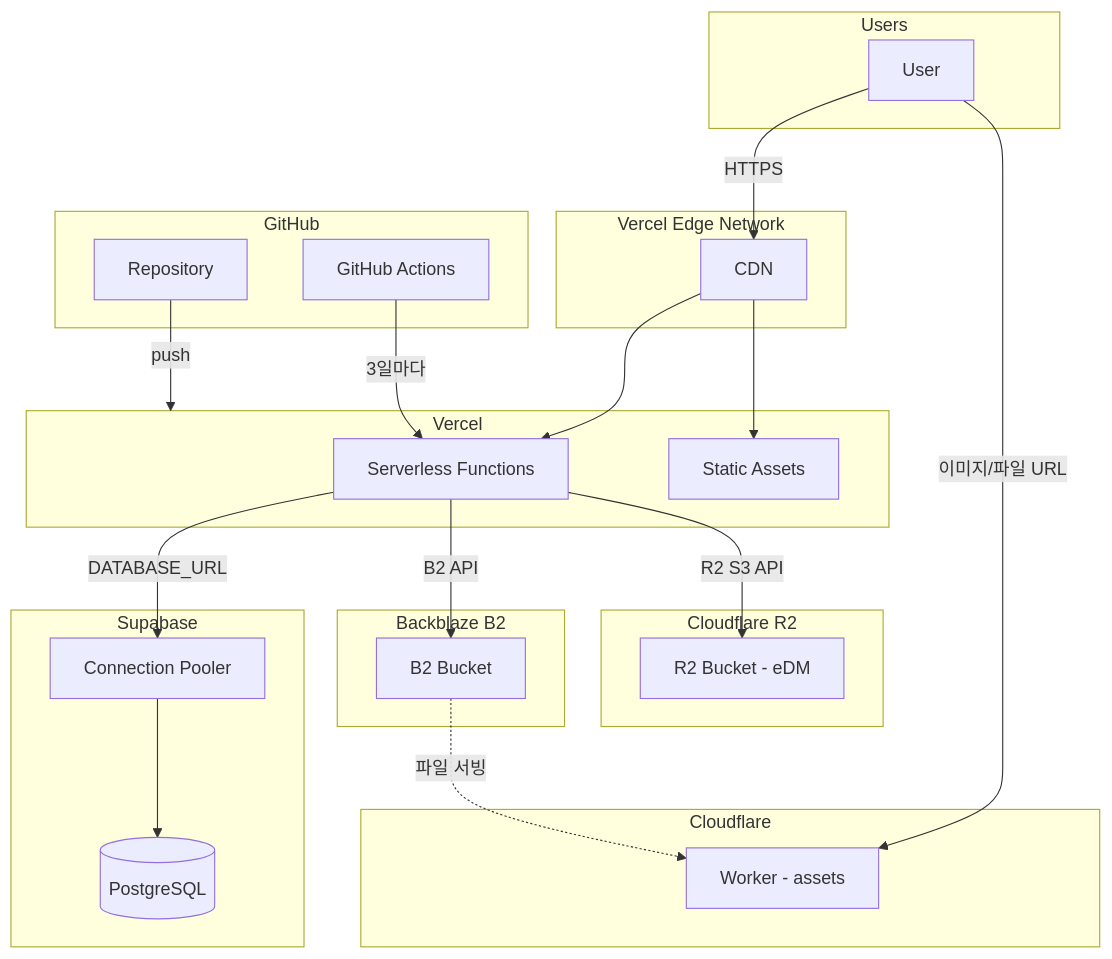
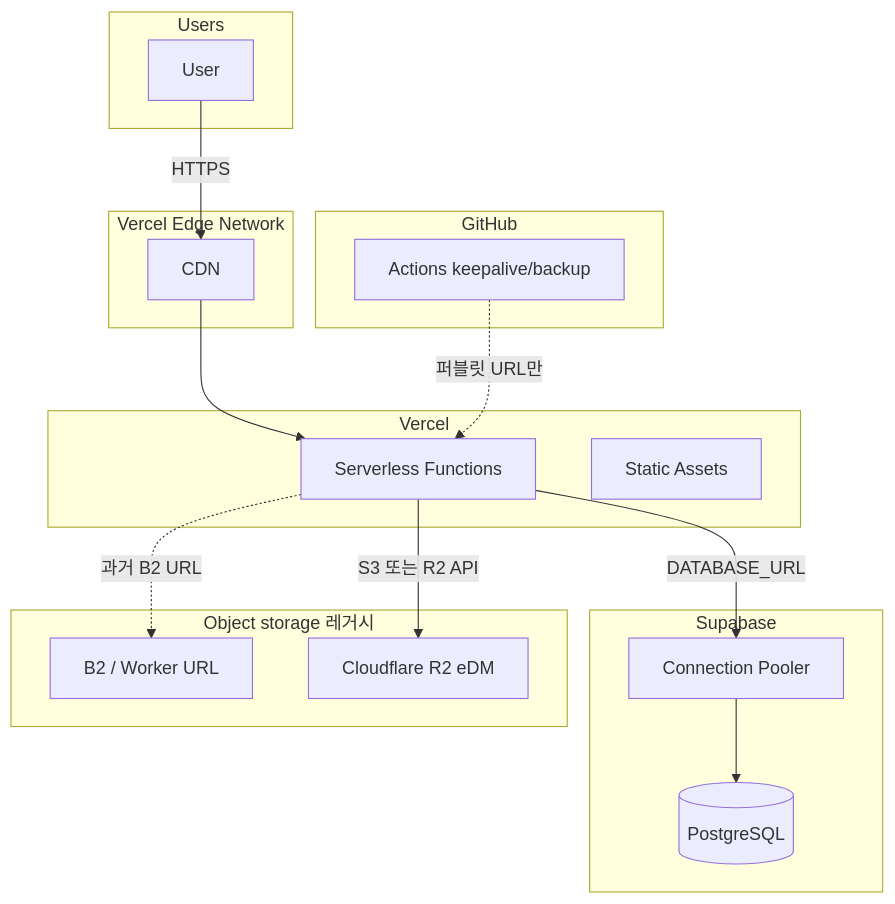
One commit to penta-design5/design5 changed the second of 3 diagrams in docs/INFRASTRUCTURE.md. Above: the diagram before and after it, drawn with Mermaid. The commit also changed other lines of this file and 77 other files, not shown here.

````diff
--- a/docs/INFRASTRUCTURE.md
+++ b/docs/INFRASTRUCTURE.md
@@ -7,49 +53,37 @@
 ```mermaid
 flowchart TB
   subgraph users [Users]
     U1[User]
   end
 
   subgraph cdn [Vercel Edge Network]
     CDN[CDN]
   end
 
   subgraph vercel [Vercel]
     Serverless[Serverless Functions]
     Static[Static Assets]
   end
 
   subgraph supabase [Supabase]
     PgSQL[(PostgreSQL)]
     Pooler[Connection Pooler]
   end
 
-  subgraph b2 [Backblaze B2]
-    Bucket[B2 Bucket]
-  end
-
-  subgraph cf [Cloudflare]
-    CFWorker[Worker - assets]
-  end
-
-  subgraph r2 [Cloudflare R2]
-    R2Bucket[R2 Bucket - eDM]
+  subgraph storage [Object storage 레거시]
+    B2[B2 / Worker URL]
+    R2[Cloudflare R2 eDM]
   end
 
   subgraph github [GitHub]
-    Repo[Repository]
-    Actions[GitHub Actions]
+    Actions[Actions keepalive/backup]
   end
 
   U1 -->|HTTPS| CDN
-  U1 -->|"이미지/파일 URL"| CFWorker
   CDN --> Serverless
-  CDN --> Static
   Serverless -->|DATABASE_URL| Pooler
   Pooler --> PgSQL
-  Serverless -->|B2 API| Bucket
-  Bucket -.->|"파일 서빙"| CFWorker
-  Serverless -->|R2 S3 API| R2Bucket
-  Repo -->|push| vercel
-  Actions -->|3일마다| Serverless
+  Serverless -->|S3 또는 R2 API| R2
+  Serverless -.->|과거 B2 URL| B2
+  Actions -.->|퍼블릿 URL만| Serverless
 ```
````
